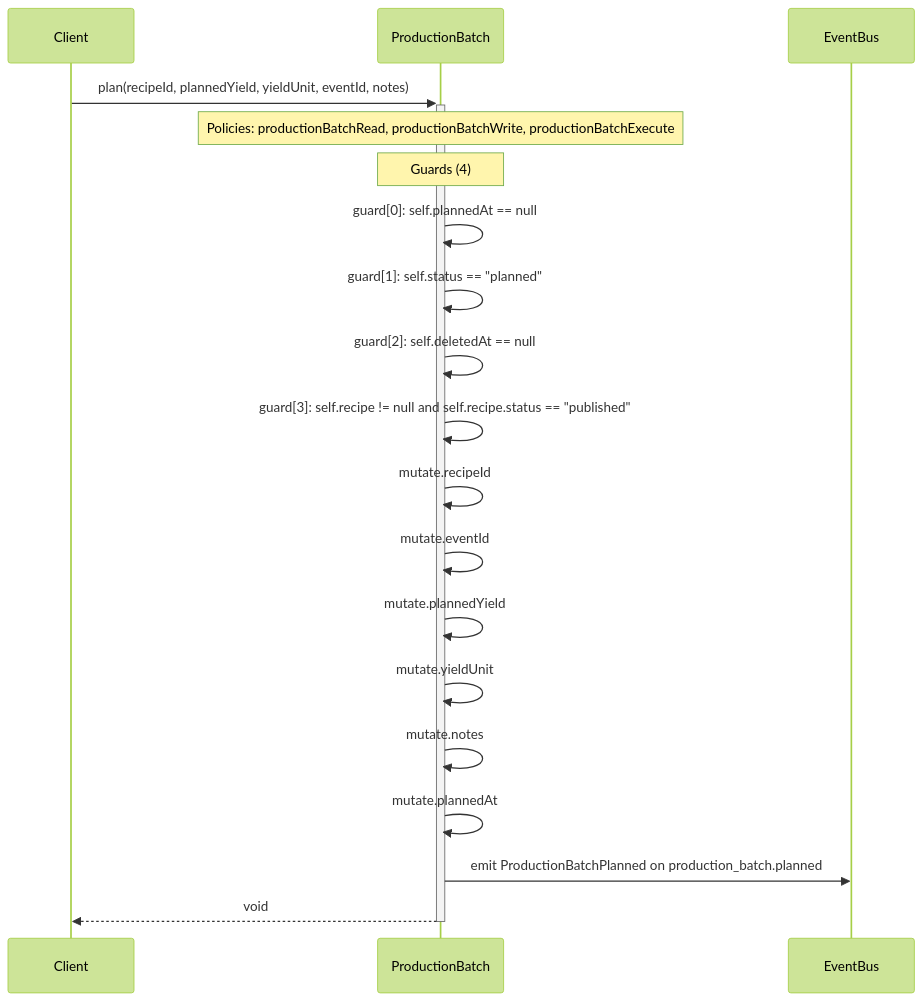
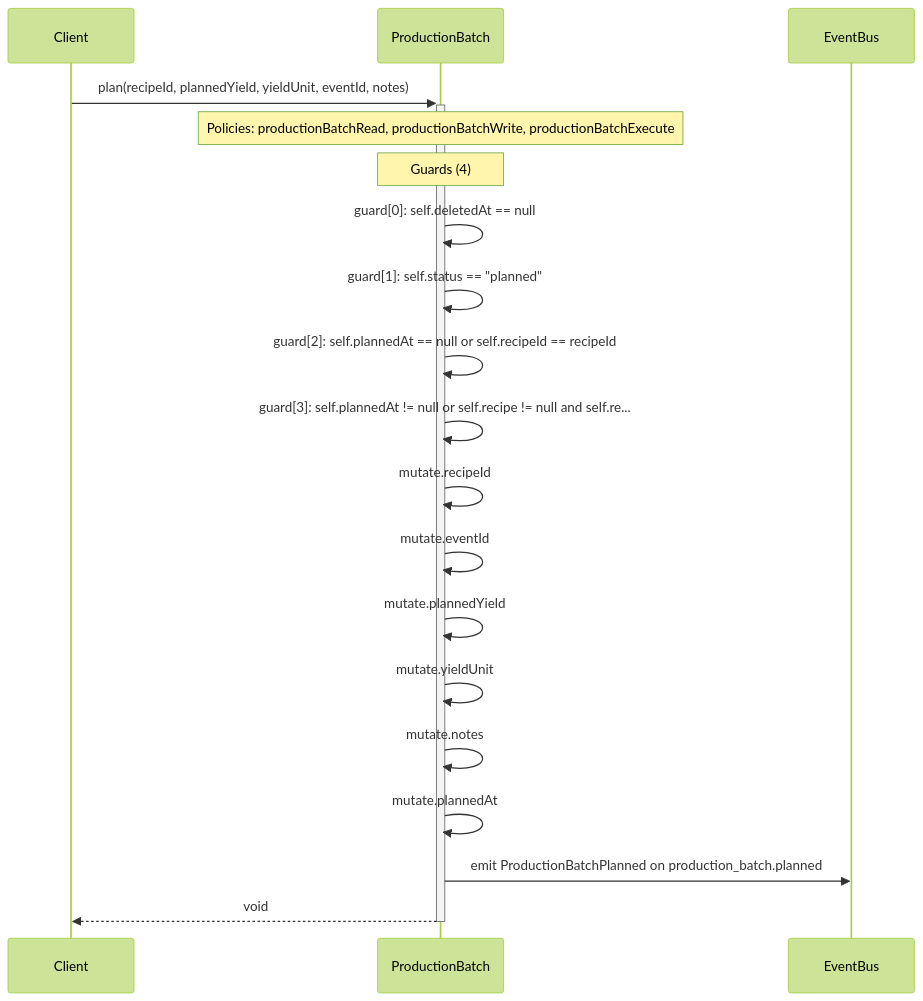
The diagram in diagrams/sequence-ProductionBatch-plan.mmd (Angriff36/capsule), drawn with Mermaid (forest theme) before and after one commit. The commit also changed 27 other files, not shown here.

First line of the commit message:
[loop] Event.approve fans out ProductionBatch.plan per dish recipe

```diff
--- a/diagrams/sequence-ProductionBatch-plan.mmd
+++ b/diagrams/sequence-ProductionBatch-plan.mmd
@@ -1,19 +1,19 @@
 sequenceDiagram
     participant Client
     participant ProductionBatch as ProductionBatch
     participant EventBus
     Client->>+ProductionBatch: plan(recipeId, plannedYield, yieldUnit, eventId, notes)
     Note over ProductionBatch: Policies: productionBatchRead, productionBatchWrite, productionBatchExecute
     Note over ProductionBatch: Guards (4)
-    ProductionBatch->>ProductionBatch: guard[0]: self.plannedAt == null
+    ProductionBatch->>ProductionBatch: guard[0]: self.deletedAt == null
     ProductionBatch->>ProductionBatch: guard[1]: self.status == #quot;planned#quot;
-    ProductionBatch->>ProductionBatch: guard[2]: self.deletedAt == null
-    ProductionBatch->>ProductionBatch: guard[3]: self.recipe != null and self.recipe.status == #quot;published#quot;
+    ProductionBatch->>ProductionBatch: guard[2]: self.plannedAt == null or self.recipeId == recipeId
+    ProductionBatch->>ProductionBatch: guard[3]: self.plannedAt != null or self.recipe != null and self.re...
     ProductionBatch->>ProductionBatch: mutate.recipeId
     ProductionBatch->>ProductionBatch: mutate.eventId
     ProductionBatch->>ProductionBatch: mutate.plannedYield
     ProductionBatch->>ProductionBatch: mutate.yieldUnit
     ProductionBatch->>ProductionBatch: mutate.notes
     ProductionBatch->>ProductionBatch: mutate.plannedAt
     ProductionBatch->>EventBus: emit ProductionBatchPlanned on production_batch.planned
     ProductionBatch-->>-Client: void
```
